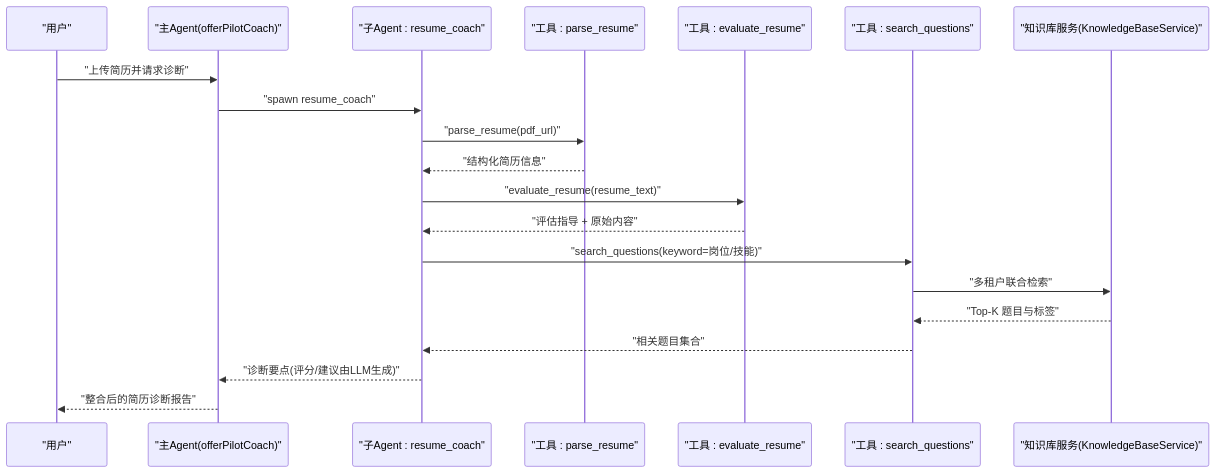
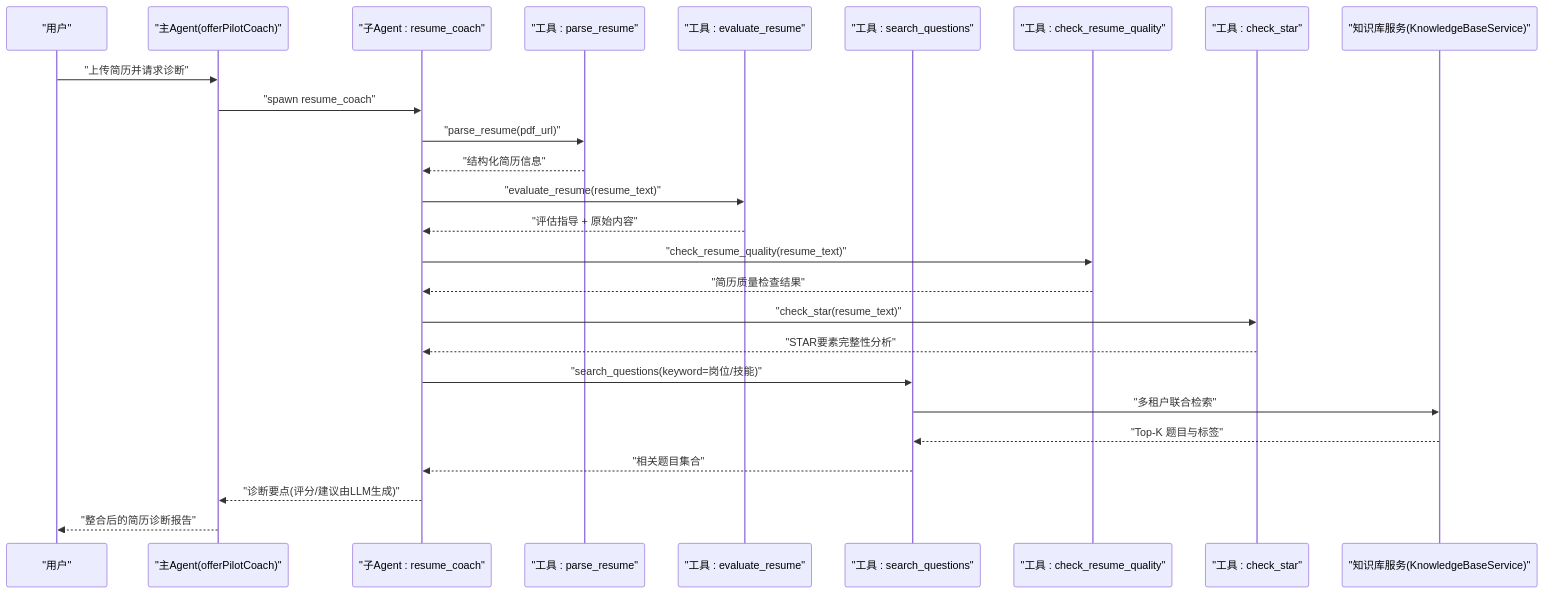
One commit to Miss-zhi/OfferPilot changed the first of 6 diagrams in .qoder/repowiki/zh/content/六大核心求职环节 Agent 交互时序.md. Above: the diagram before and after it, drawn with Mermaid. The commit also changed other lines of this file and 206 other files, not shown here.

````diff
--- a/.qoder/repowiki/zh/content/六大核心求职环节 Agent 交互时序.md
+++ b/.qoder/repowiki/zh/content/六大核心求职环节 Agent 交互时序.md
@@ -33,22 +44,28 @@
 ```mermaid
 sequenceDiagram
 participant U as "用户"
 participant C as "主Agent(offerPilotCoach)"
 participant RC as "子Agent : resume_coach"
 participant T1 as "工具 : parse_resume"
 participant T2 as "工具 : evaluate_resume"
 participant T3 as "工具 : search_questions"
+participant T4 as "工具 : check_resume_quality"
+participant T5 as "工具 : check_star"
 participant KB as "知识库服务(KnowledgeBaseService)"
 U->>C : "上传简历并请求诊断"
 C->>RC : "spawn resume_coach"
 RC->>T1 : "parse_resume(pdf_url)"
 T1-->>RC : "结构化简历信息"
 RC->>T2 : "evaluate_resume(resume_text)"
 T2-->>RC : "评估指导 + 原始内容"
+RC->>T4 : "check_resume_quality(resume_text)"
+T4-->>RC : "简历质量检查结果"
+RC->>T5 : "check_star(resume_text)"
+T5-->>RC : "STAR要素完整性分析"
 RC->>T3 : "search_questions(keyword=岗位/技能)"
 T3->>KB : "多租户联合检索"
 KB-->>T3 : "Top-K 题目与标签"
 T3-->>RC : "相关题目集合"
 RC-->>C : "诊断要点(评分/建议由LLM生成)"
 C-->>U : "整合后的简历诊断报告"
 ```
````
